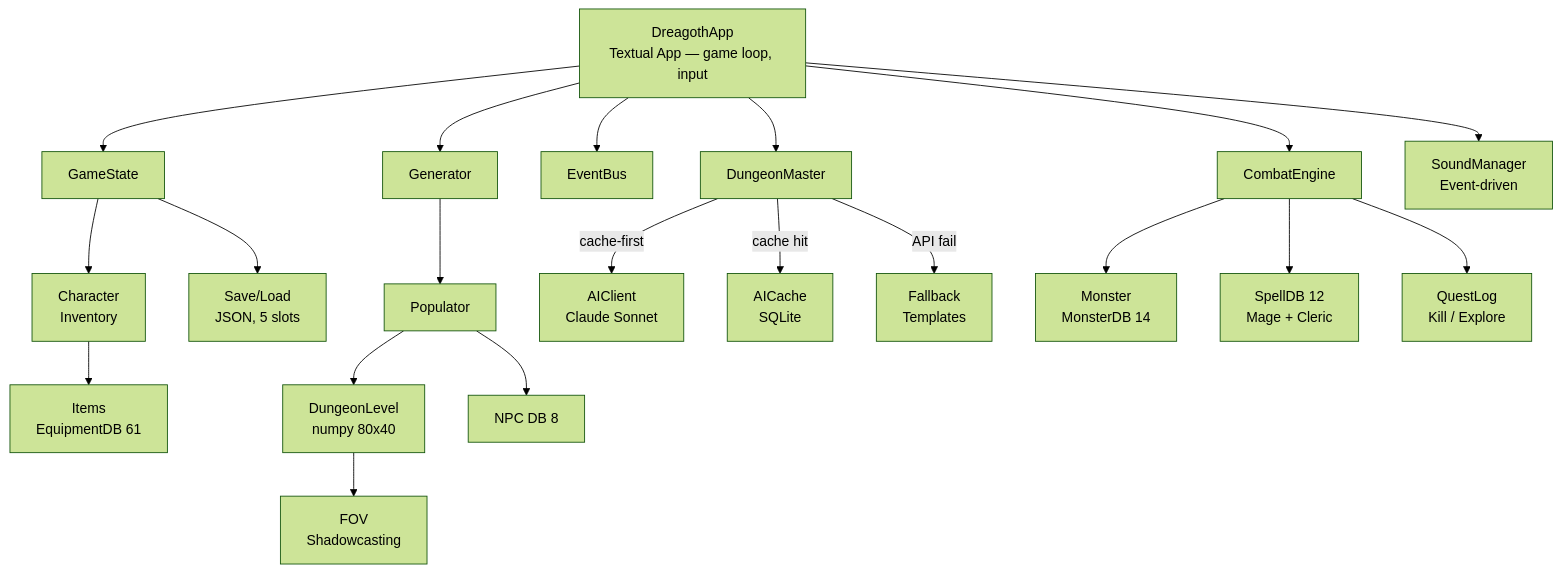
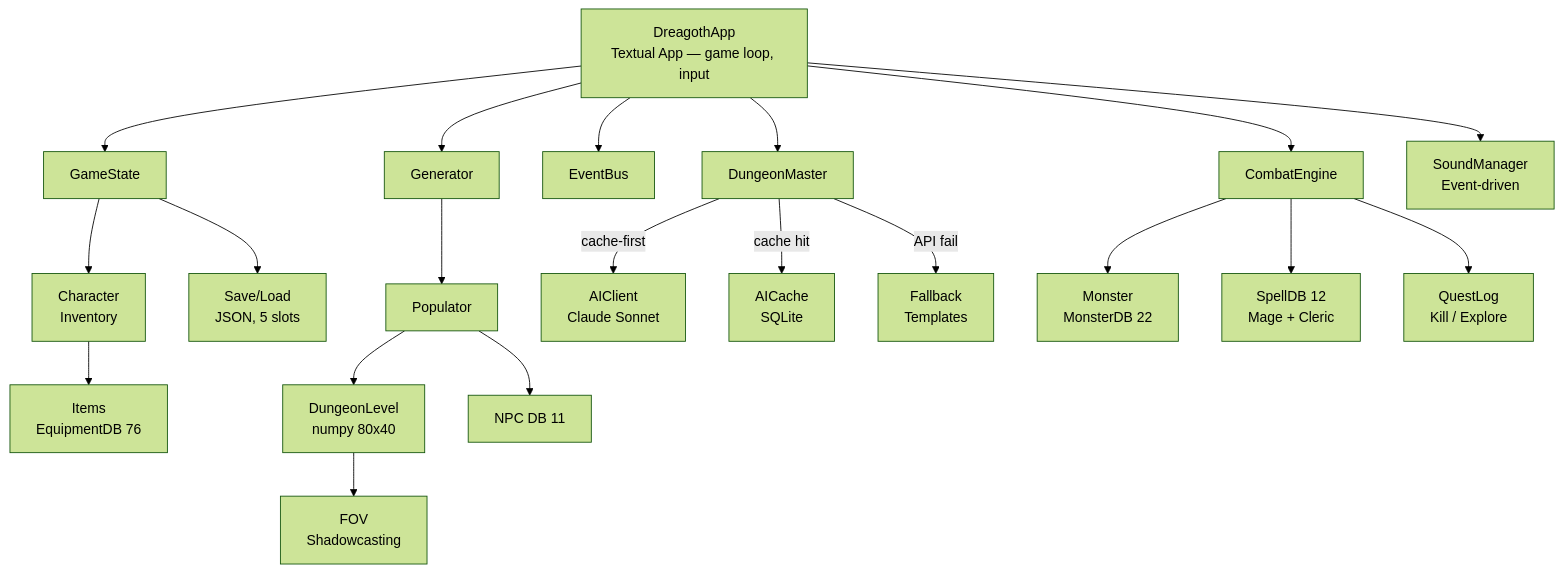
One commit to rondilley/DungeonsOfDreagoth changed the first of 8 diagrams in doc/ARCHITECTURE.md. Above: the diagram before and after it, drawn with Mermaid (forest theme). The commit also changed other lines of this file and 11 other files, not shown here.

````diff
--- a/doc/ARCHITECTURE.md
+++ b/doc/ARCHITECTURE.md
@@ -7,29 +7,29 @@
 ```mermaid
 graph TD
     App[DreagothApp<br/>Textual App — game loop, input]
 
     App --> GS[GameState]
     App --> Gen[Generator]
     App --> EB[EventBus]
     App --> DM[DungeonMaster]
     App --> CE[CombatEngine]
 
     GS --> Char[Character<br/>Inventory]
     GS --> SL[Save/Load<br/>JSON, 5 slots]
-    Char --> Items[Items<br/>EquipmentDB 61]
+    Char --> Items[Items<br/>EquipmentDB 76]
 
     Gen --> Pop[Populator]
     Pop --> DL[DungeonLevel<br/>numpy 80x40]
-    Pop --> NPCs[NPC DB 8]
+    Pop --> NPCs[NPC DB 11]
     DL --> FOV[FOV<br/>Shadowcasting]
 
     DM -->|cache-first| AIC[AIClient<br/>Claude Sonnet]
     DM -->|cache hit| Cache[AICache<br/>SQLite]
     DM -->|API fail| FB[Fallback<br/>Templates]
 
-    CE --> Mon[Monster<br/>MonsterDB 14]
+    CE --> Mon[Monster<br/>MonsterDB 22]
     CE --> Spells[SpellDB 12<br/>Mage + Cleric]
     CE --> Quests[QuestLog<br/>Kill / Explore]
 
     App --> Audio[SoundManager<br/>Event-driven]
 ```
````
